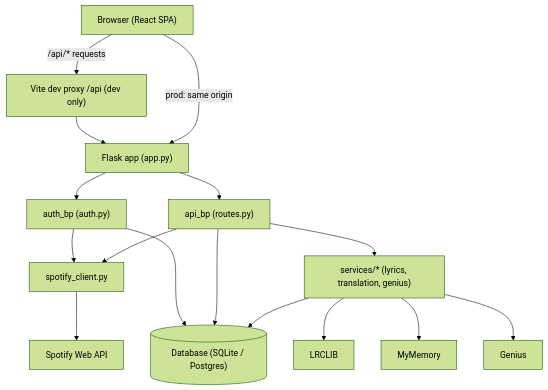
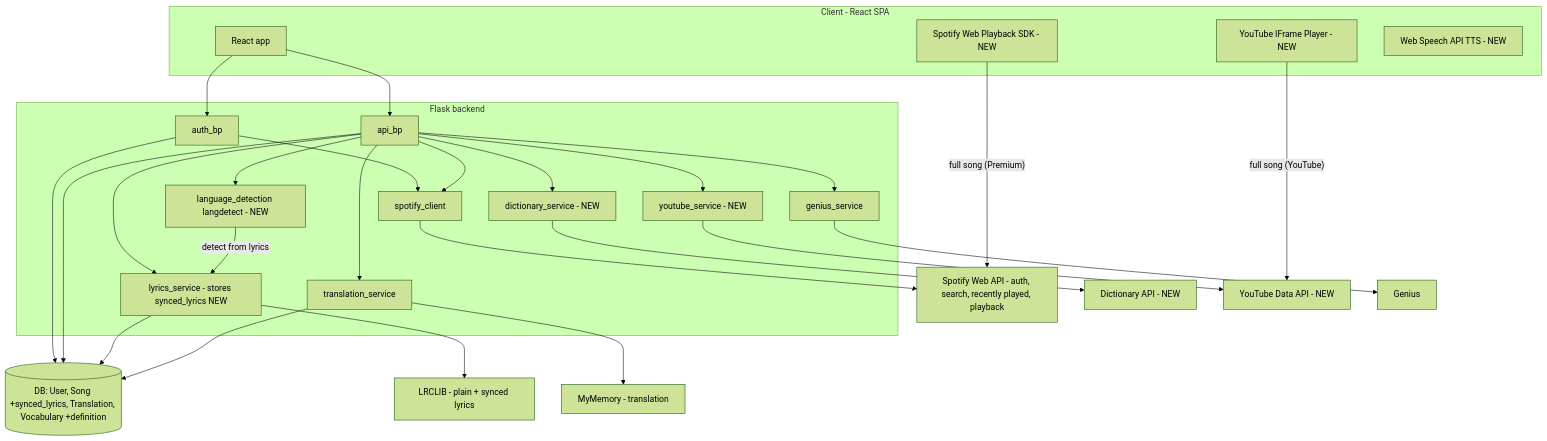
One commit to ishraqb/Linguify changed the first of 4 diagrams in docs/ARCHITECTURE.md. Above: the diagram before and after it, drawn with Mermaid (forest theme). The commit also changed other lines of this file, not shown here.

Commit message:
Updated ARCHITECTURE.md file to reflect Project 3 changes

````diff
--- a/docs/ARCHITECTURE.md
+++ b/docs/ARCHITECTURE.md
@@ -35,31 +47,57 @@
 ```mermaid
 flowchart TD
-    Browser["Browser (React SPA)"]
-    Proxy["Vite dev proxy /api (dev only)"]
-    Flask["Flask app (app.py)"]
-    AuthBp["auth_bp (auth.py)"]
-    ApiBp["api_bp (routes.py)"]
-    SpotifyClient["spotify_client.py"]
-    Services["services/* (lyrics, translation, genius)"]
-    DB[("Database (SQLite / Postgres)")]
-    Spotify["Spotify Web API"]
-    LRCLIB["LRCLIB"]
-    MyMemory["MyMemory"]
+    subgraph client [Client - React SPA]
+        Browser["React app"]
+        SpotifySDK["Spotify Web Playback SDK - NEW"]
+        YouTubePlayer["YouTube IFrame Player - NEW"]
+        WebSpeech["Web Speech API TTS - NEW"]
+    end
+
+    subgraph server [Flask backend]
+        AuthBp["auth_bp"]
+        ApiBp["api_bp"]
+        SpotifyClient["spotify_client"]
+        LyricsSvc["lyrics_service - stores synced_lyrics NEW"]
+        LangSvc["language_detection langdetect - NEW"]
+        TransSvc["translation_service"]
+        DictSvc["dictionary_service - NEW"]
+        YtSvc["youtube_service - NEW"]
+        GeniusSvc["genius_service"]
+    end
+
+    DB[("DB: User, Song +synced_lyrics, Translation, Vocabulary +definition")]
+
+    Spotify["Spotify Web API - auth, search, recently played, playback"]
+    LRCLIB["LRCLIB - plain + synced lyrics"]
+    MyMemory["MyMemory - translation"]
+    Dictionary["Dictionary API - NEW"]
+    YouTube["YouTube Data API - NEW"]
     Genius["Genius"]
 
-    Browser -->|"/api/* requests"| Proxy
-    Proxy --> Flask
-    Browser -->|"prod: same origin"| Flask
-    Flask --> AuthBp
-    Flask --> ApiBp
+    Browser --> AuthBp
+    Browser --> ApiBp
+    SpotifySDK -->|"full song (Premium)"| Spotify
+    YouTubePlayer -->|"full song (YouTube)"| YouTube
+
     AuthBp --> SpotifyClient
     ApiBp --> SpotifyClient
-    ApiBp --> Services
+    ApiBp --> LyricsSvc
+    ApiBp --> LangSvc
+    ApiBp --> TransSvc
+    ApiBp --> DictSvc
+    ApiBp --> YtSvc
+    ApiBp --> GeniusSvc
+
     SpotifyClient --> Spotify
-    Services --> LRCLIB
-    Services --> MyMemory
-    Services --> Genius
+    LyricsSvc --> LRCLIB
+    LangSvc -->|"detect from lyrics"| LyricsSvc
+    TransSvc --> MyMemory
+    DictSvc --> Dictionary
+    YtSvc --> YouTube
+    GeniusSvc --> Genius
+
     AuthBp --> DB
     ApiBp --> DB
-    Services --> DB
+    LyricsSvc --> DB
+    TransSvc --> DB
 ```
````
